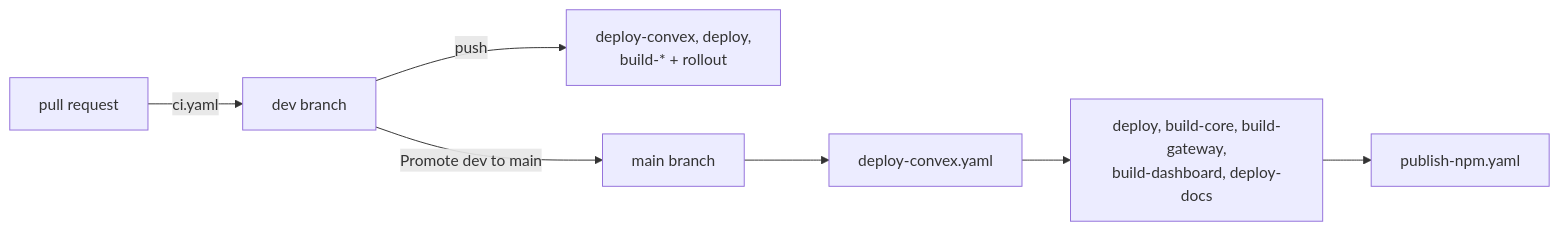
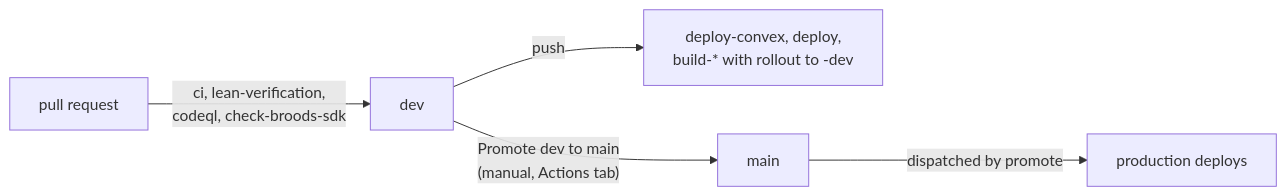
The first of 5 diagrams in apps/docs/docs/internals/ci-cd.md (beeblastco/broods), drawn with Mermaid before and after one commit. The commit also changed other lines of this file and 22 other files, not shown here.

First line of the commit message:
docs: fold the Cloudflare pages into their sections, rewrite internals diagram-first (#1010)

````diff
--- a/apps/docs/docs/internals/ci-cd.md
+++ b/apps/docs/docs/internals/ci-cd.md
@@ -12,9 +7,7 @@
 ```mermaid
 flowchart LR
-  PR["pull request"] -->|ci.yaml| Dev["dev branch"]
-  Dev -->|push| DevDeploys["deploy-convex, deploy,<br/>build-* + rollout"]
-  Dev -->|"Promote dev to main"| Main["main branch"]
-  Main --> Convex["deploy-convex.yaml"]
-  Convex --> Parallel["deploy, build-core, build-gateway,<br/>build-dashboard, deploy-docs"]
-  Parallel --> Npm["publish-npm.yaml"]
+  PR["pull request"] -->|"ci, lean-verification,<br/>codeql, check-broods-sdk"| Dev["dev"]
+  Dev -->|push| DevWF["deploy-convex, deploy,<br/>build-* with rollout to -dev"]
+  Dev -->|"Promote dev to main<br/>(manual, Actions tab)"| Main["main"]
+  Main -->|dispatched by promote| ProdWF["production deploys"]
 ```
````
